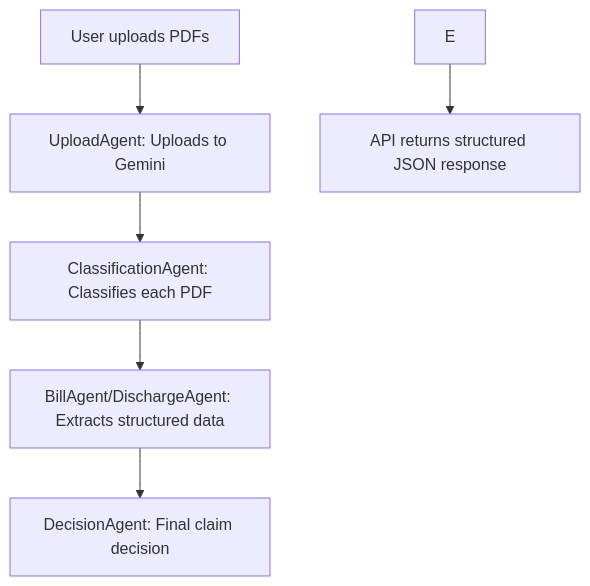
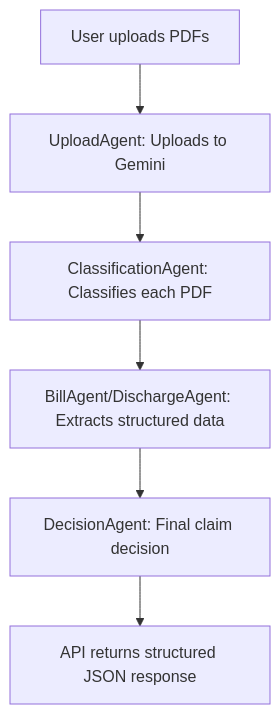
One commit to sahil-sahu/Claim-Document-Processor changed the diagram in README.md. Above: the diagram before and after it, drawn with Mermaid.

````diff
--- a/README.md
+++ b/README.md
@@ -15,8 +15,8 @@
 ```mermaid
 graph TD;
     A[User uploads PDFs] --> B[UploadAgent: Uploads to Gemini]
     B --> C[ClassificationAgent: Classifies each PDF]
     C --> D[BillAgent/DischargeAgent: Extracts structured data]
-    D --> F[DecisionAgent: Final claim decision]
-    E --> G[API returns structured JSON response]
+    D --> E[DecisionAgent: Final claim decision]
+    E --> F[API returns structured JSON response]
 ```
````
